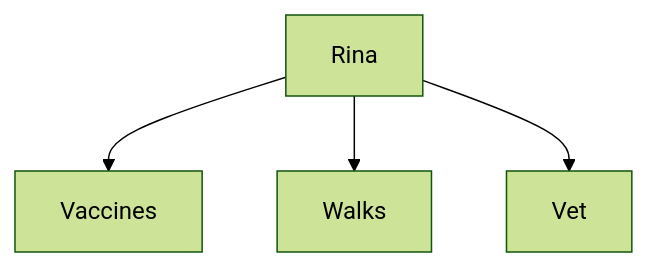
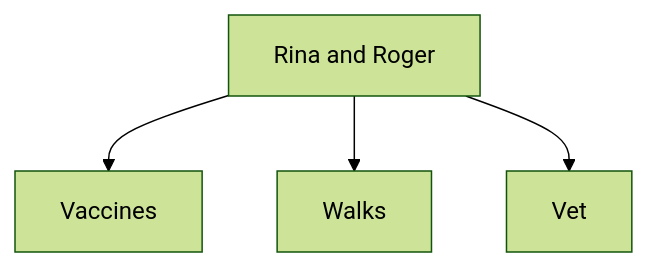
The second of 4 diagrams in app/src-tauri/resources/guide/en/guide.md (rgdevment/Tisty), drawn with Mermaid (forest theme) before and after one commit. The commit also changed other lines of this file and 4 other files, not shown here.

Commit message:
docs(guide): what Rina and Roger share names them both, while each keeps their own card and photo

````diff
--- a/app/src-tauri/resources/guide/en/guide.md
+++ b/app/src-tauri/resources/guide/en/guide.md
@@ -227,6 +227,6 @@
 ```mermaid
 graph TD
-  R[Rina] --> V[Vaccines]
+  R[Rina and Roger] --> V[Vaccines]
   R --> P[Walks]
   R --> C[Vet]
 ```
````
